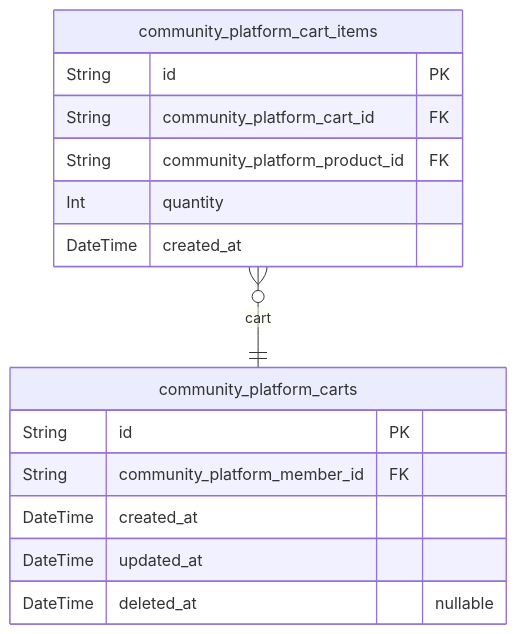
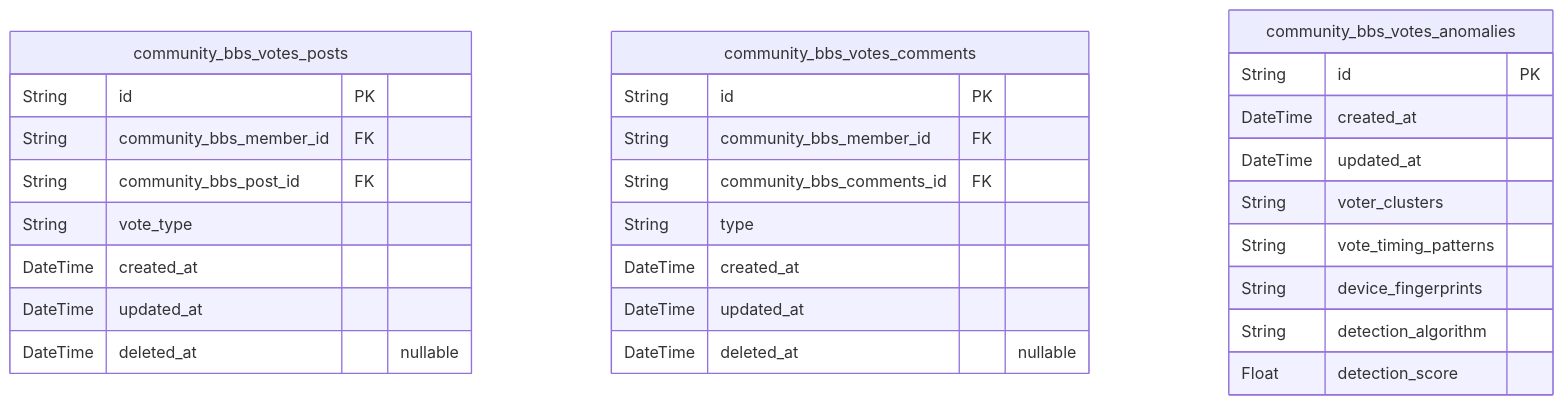
The fourth of 10 diagrams in qwen/qwen3-next-80b-a3b-instruct/reddit/docs/ERD.md (wrtnlabs/autobe-examples), drawn with Mermaid before and after one commit. The commit also changed other lines of this file and 4047 other files, not shown here.

````diff
--- a/qwen/qwen3-next-80b-a3b-instruct/reddit/docs/ERD.md
+++ b/qwen/qwen3-next-80b-a3b-instruct/reddit/docs/ERD.md
@@ -1986,18 +972,31 @@
 ```mermaid
 erDiagram
-"community_platform_carts" {
+"community_bbs_votes_posts" {
   String id PK
-  String community_platform_member_id FK
+  String community_bbs_member_id FK
+  String community_bbs_post_id FK
+  String vote_type
   DateTime created_at
   DateTime updated_at
   DateTime deleted_at "nullable"
 }
-"community_platform_cart_items" {
+"community_bbs_votes_comments" {
   String id PK
-  String community_platform_cart_id FK
-  String community_platform_product_id FK
-  Int quantity
+  String community_bbs_member_id FK
+  String community_bbs_comments_id FK
+  String type
   DateTime created_at
+  DateTime updated_at
+  DateTime deleted_at "nullable"
 }
-"community_platform_cart_items" }o--|| "community_platform_carts" : cart
+"community_bbs_votes_anomalies" {
+  String id PK
+  DateTime created_at
+  DateTime updated_at
+  String voter_clusters
+  String vote_timing_patterns
+  String device_fingerprints
+  String detection_algorithm
+  Float detection_score
+}
 ```
````
